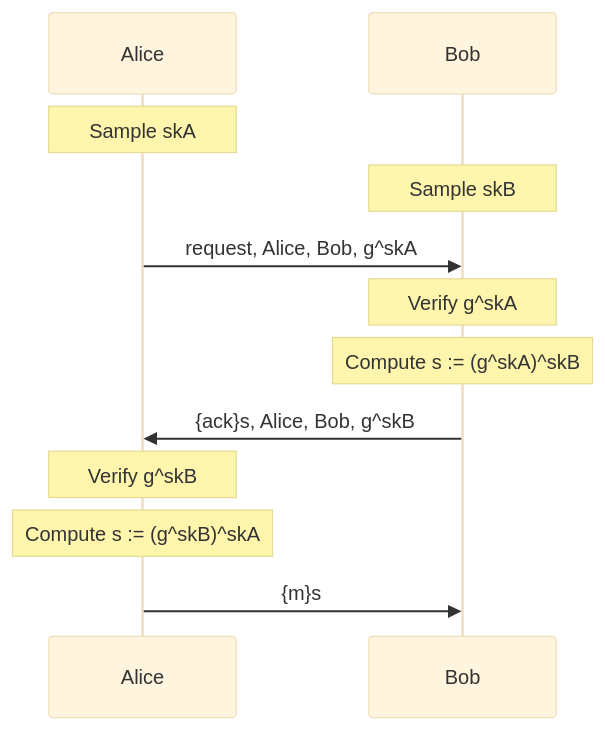
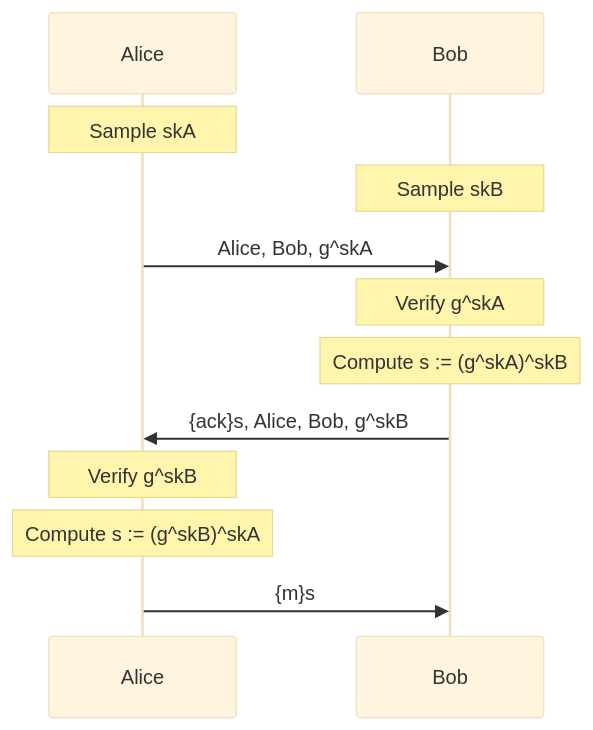
Before and after one commit to felixlinker/tamarin-workshop: the diagram in ex2/README.md, drawn with Mermaid (base theme).

Commit message:
Remove confusing message tag

````diff
--- a/ex2/README.md
+++ b/ex2/README.md
@@ -6,12 +6,12 @@
 ```mermaid
 sequenceDiagram
   Note over Alice: Sample skA
   Note over Bob: Sample skB
-  Alice->>Bob: request, Alice, Bob, g^skA
+  Alice->>Bob: Alice, Bob, g^skA
   Note over Bob: Verify g^skA
   Note over Bob: Compute s := (g^skA)^skB
   Bob->>Alice: {ack}s, Alice, Bob, g^skB
   Note over Alice: Verify g^skB
   Note over Alice: Compute s := (g^skB)^skA
   Alice->>Bob: {m}s
 ```
````
